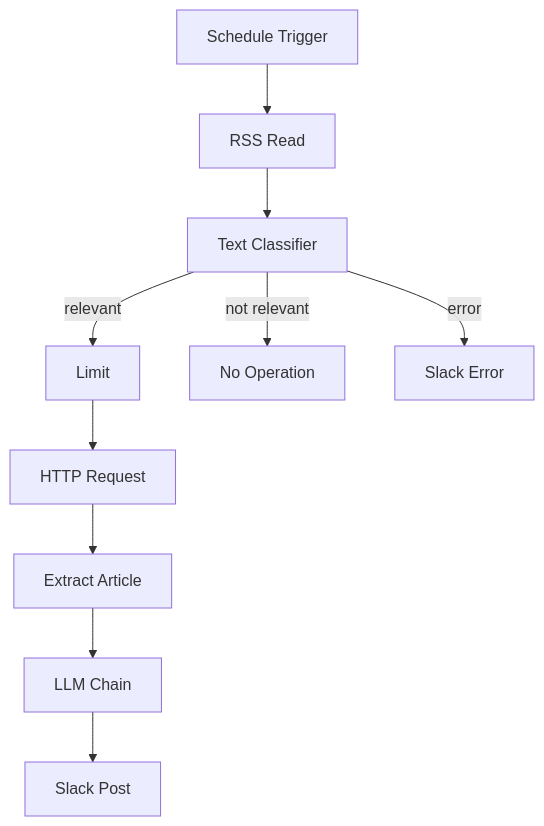
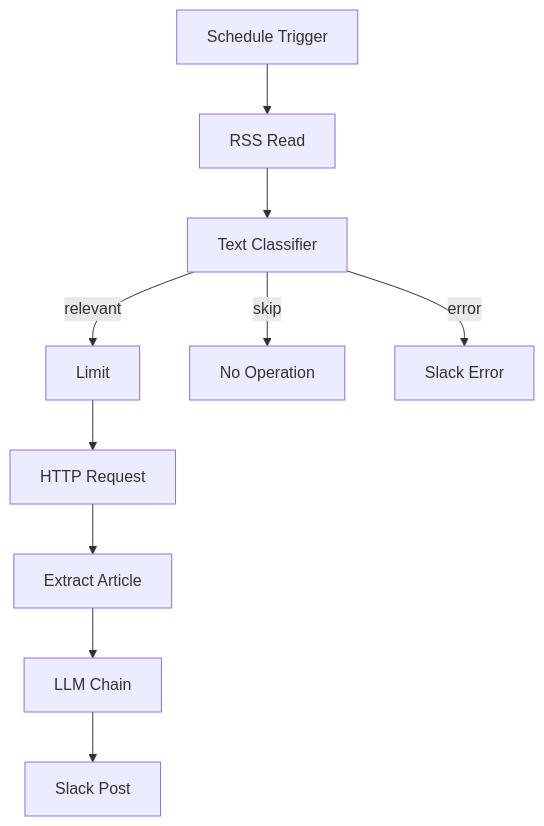
Before and after one commit to takumiwork-n8n/X_present_post_workflow: the diagram in 修正前/README.md, drawn with Mermaid. The commit also changed 1 other file, not shown here.

Commit message:
fix: use -->|text| edge label syntax per GitHub docs

````diff
--- a/修正前/README.md
+++ b/修正前/README.md
@@ -44,12 +44,12 @@
 ```mermaid
 graph TD
-    A["Schedule Trigger"] --> B["RSS Read"]
-    B --> C["Text Classifier"]
-    C -- "relevant" --> D["Limit"]
-    C -- "not relevant" --> E["No Operation"]
-    C -- "error" --> F["Slack Error"]
-    D --> G["HTTP Request"]
-    G --> H["Extract Article"]
-    H --> I["LLM Chain"]
-    I --> J["Slack Post"]
+    A[Schedule Trigger] --> B[RSS Read]
+    B --> C[Text Classifier]
+    C -->|relevant| D[Limit]
+    C -->|skip| E[No Operation]
+    C -->|error| F[Slack Error]
+    D --> G[HTTP Request]
+    G --> H[Extract Article]
+    H --> I[LLM Chain]
+    I --> J[Slack Post]
 ```
````
